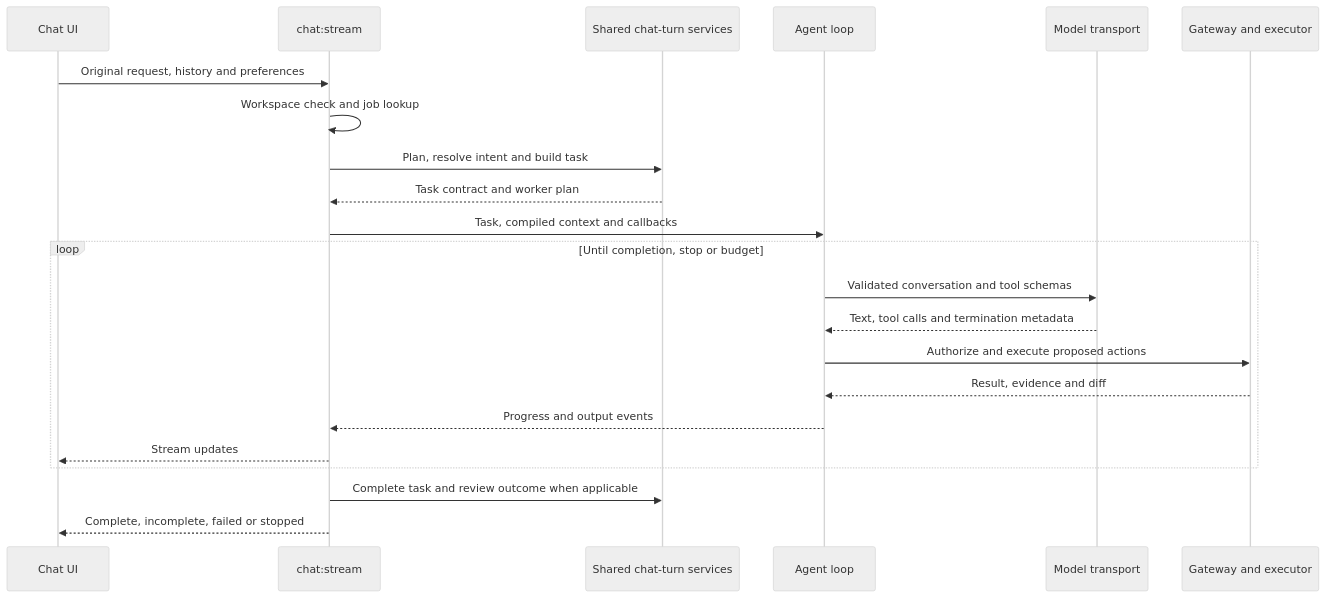
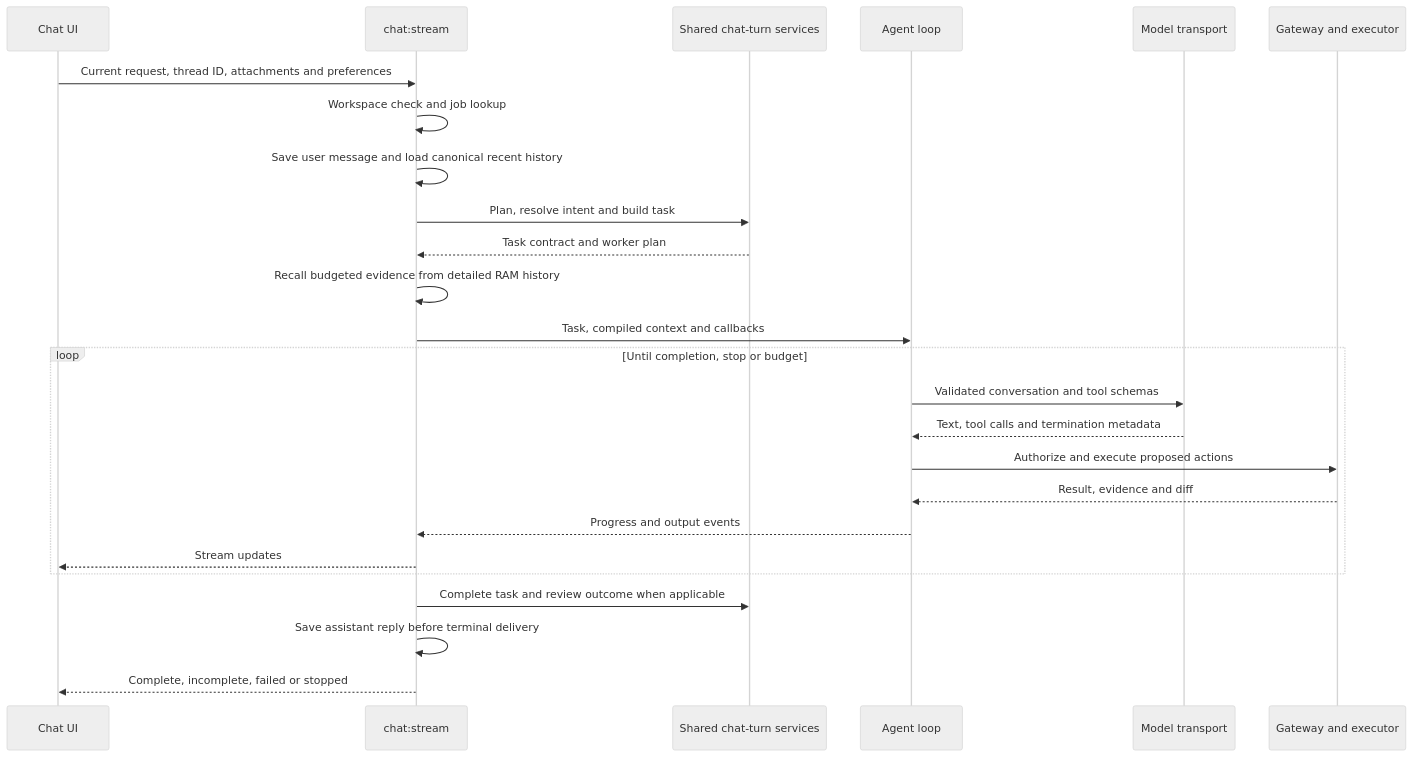
The second of 2 diagrams in docs/ARCHITECTURE.md (EricServices-Repo/Eris), drawn with Mermaid (neutral theme) before and after one commit. The commit also changed other lines of this file and 37 other files, not shown here.

Commit message:
Add detailed RAM-backed conversation context and canonical chat history

````diff
--- a/docs/ARCHITECTURE.md
+++ b/docs/ARCHITECTURE.md
@@ -68,24 +68,27 @@
 ```mermaid
 sequenceDiagram
   participant UI as Chat UI
   participant IPC as chat:stream
   participant Turn as Shared chat-turn services
   participant Agent as Agent loop
   participant Model as Model transport
   participant Tool as Gateway and executor
-  UI->>IPC: Original request, history and preferences
+  UI->>IPC: Current request, thread ID, attachments and preferences
   IPC->>IPC: Workspace check and job lookup
+  IPC->>IPC: Save user message and load canonical recent history
   IPC->>Turn: Plan, resolve intent and build task
   Turn-->>IPC: Task contract and worker plan
+  IPC->>IPC: Recall budgeted evidence from detailed RAM history
   IPC->>Agent: Task, compiled context and callbacks
   loop Until completion, stop or budget
     Agent->>Model: Validated conversation and tool schemas
     Model-->>Agent: Text, tool calls and termination metadata
     Agent->>Tool: Authorize and execute proposed actions
     Tool-->>Agent: Result, evidence and diff
     Agent-->>IPC: Progress and output events
     IPC-->>UI: Stream updates
   end
   IPC->>Turn: Complete task and review outcome when applicable
+  IPC->>IPC: Save assistant reply before terminal delivery
   IPC-->>UI: Complete, incomplete, failed or stopped
 ```
````
